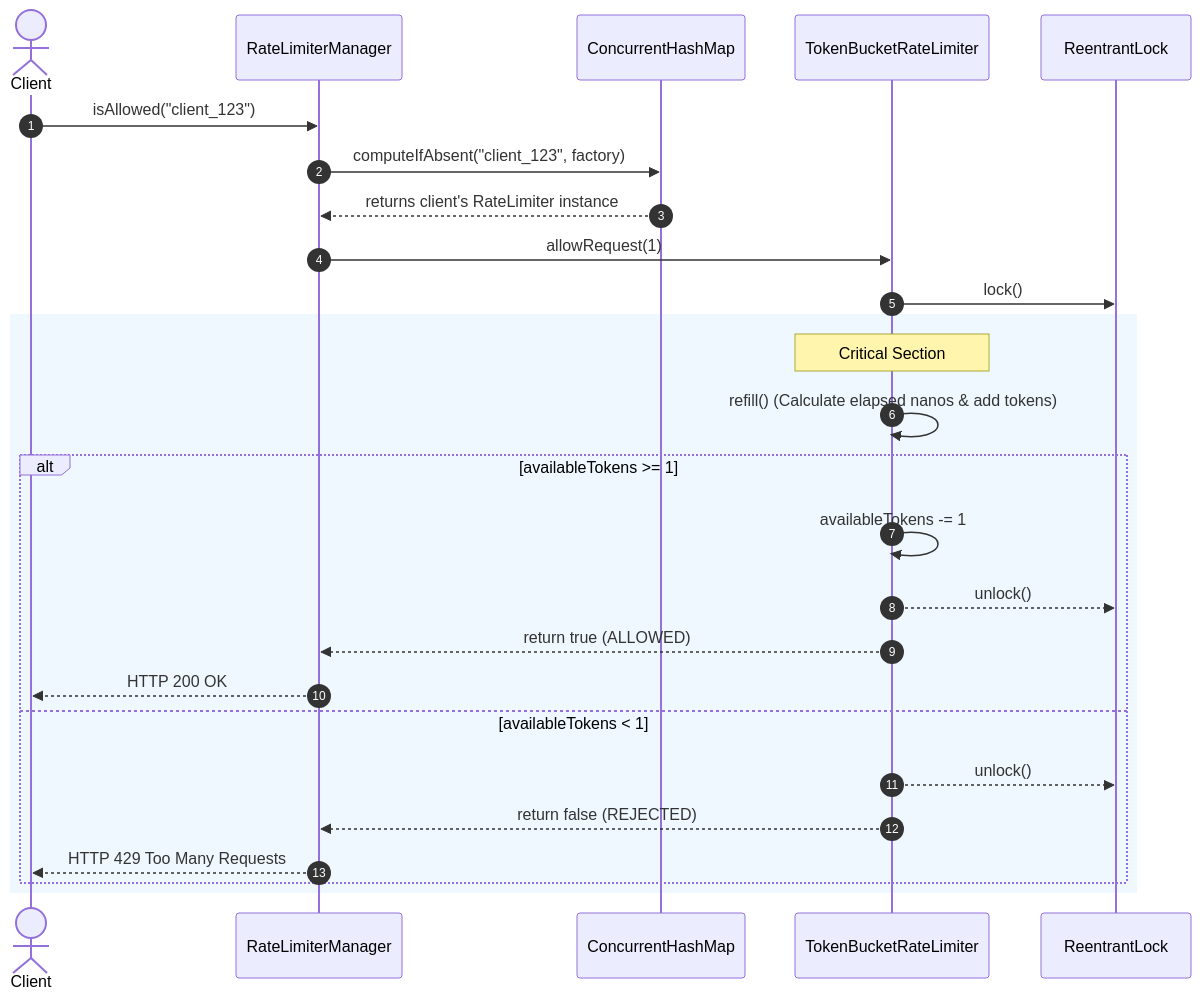
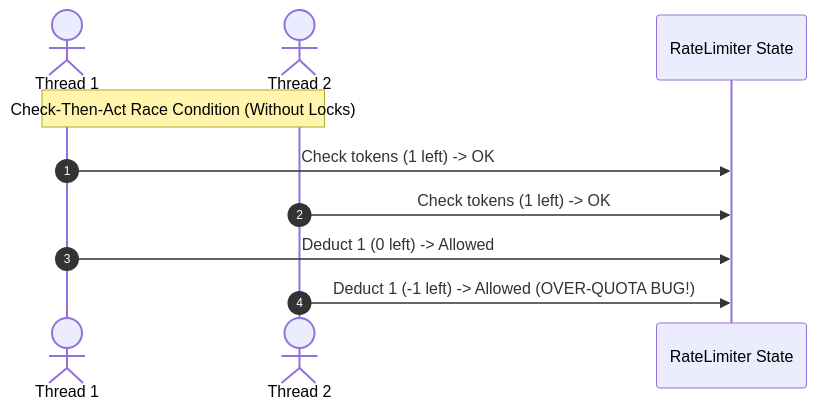
Before and after one commit to iam-ssrivastav/rate-limiter-lld: the third of 3 diagrams in README.md, drawn with Mermaid. The commit also changed other lines of this file, not shown here.

Commit message:
docs: overhaul README with architecture flowcharts, visual guides, and clean diagrams

````diff
--- a/README.md
+++ b/README.md
@@ -105,31 +198,13 @@
 ```mermaid
 sequenceDiagram
     autonumber
-    actor Client
-    participant Manager as RateLimiterManager
-    participant Map as ConcurrentHashMap
-    participant Limiter as TokenBucketRateLimiter
-    participant Lock as ReentrantLock
-
-    Client->>Manager: isAllowed("client_123")
-    Manager->>Map: computeIfAbsent("client_123", factory)
-    Map-->>Manager: returns client's RateLimiter instance
+    actor Thread 1
+    actor Thread 2
+    participant Limiter as RateLimiter State
     
-    Manager->>Limiter: allowRequest(1)
-    Limiter->>Lock: lock()
-    
-    rect rgb(240, 248, 255)
-        note over Limiter: Critical Section
-        Limiter->>Limiter: refill() (Calculate elapsed nanos & add tokens)
-        alt availableTokens >= 1
-            Limiter->>Limiter: availableTokens -= 1
-            Limiter-->>Lock: unlock()
-            Limiter-->>Manager: return true (ALLOWED)
-            Manager-->>Client: HTTP 200 OK
-        else availableTokens < 1
-            Limiter-->>Lock: unlock()
-            Limiter-->>Manager: return false (REJECTED)
-            Manager-->>Client: HTTP 429 Too Many Requests
-        end
-    end
+    Note over Thread 1, Thread 2: Check-Then-Act Race Condition (Without Locks)
+    Thread 1->>Limiter: Check tokens (1 left) -> OK
+    Thread 2->>Limiter: Check tokens (1 left) -> OK
+    Thread 1->>Limiter: Deduct 1 (0 left) -> Allowed
+    Thread 2->>Limiter: Deduct 1 (-1 left) -> Allowed (OVER-QUOTA BUG!)
 ```
````
